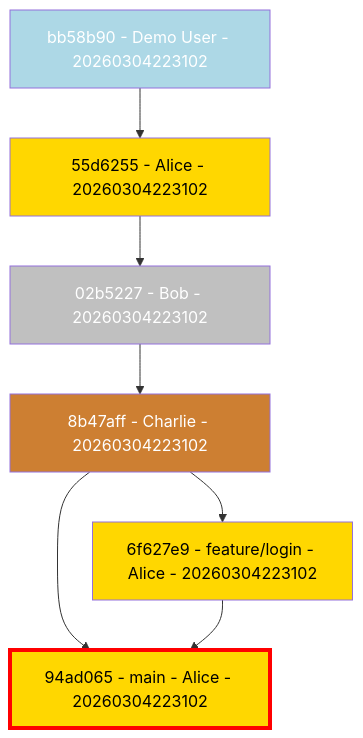
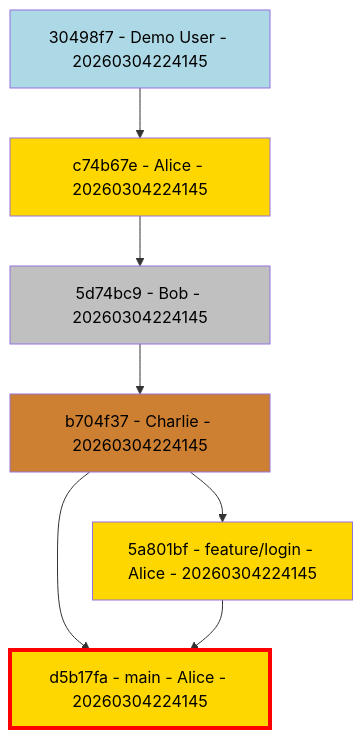
One commit to TheTrueSCU/git-graphable changed the first of 3 diagrams in examples/EXAMPLES.md. Above: the diagram before and after it, drawn with Mermaid. The commit also changed other lines of this file and 3 other files, not shown here.

Commit message:
feat: fix visual contrast, mermaid parsing, and docs formatting

````diff
--- a/examples/EXAMPLES.md
+++ b/examples/EXAMPLES.md
@@ -14,21 +14,21 @@
 ```mermaid
 flowchart TD
-bb58b9059c8cb1dda782f006f49d17549dd91c21["bb58b90 - Demo User - 20260304223102"]
-style bb58b9059c8cb1dda782f006f49d17549dd91c21 fill:#ADD8E6,color:white
-55d625535ebebec378dea6a807f6cf45679c494f["55d6255 - Alice - 20260304223102"]
-style 55d625535ebebec378dea6a807f6cf45679c494f fill:#FFD700,color:black
-02b5227a82af192724100e9cd30e117ed5836af8["02b5227 - Bob - 20260304223102"]
-style 02b5227a82af192724100e9cd30e117ed5836af8 fill:#C0C0C0,color:white
-8b47affbfef2f3632d576f0d8def06ef3d21ec3a["8b47aff - Charlie - 20260304223102"]
-style 8b47affbfef2f3632d576f0d8def06ef3d21ec3a fill:#CD7F32,color:white
-6f627e9d4d9d984612bd7991b2f66ccd25d851e9["6f627e9 - feature/login - Alice - 20260304223102"]
-style 6f627e9d4d9d984612bd7991b2f66ccd25d851e9 fill:#FFD700,color:black
-94ad06534ef62b223eb6a38b19dd12226e985c68["94ad065 - main - Alice - 20260304223102"]
-style 94ad06534ef62b223eb6a38b19dd12226e985c68 fill:#FFD700,color:black,stroke:red,stroke-width:4px
-bb58b9059c8cb1dda782f006f49d17549dd91c21 --> 55d625535ebebec378dea6a807f6cf45679c494f
-55d625535ebebec378dea6a807f6cf45679c494f --> 02b5227a82af192724100e9cd30e117ed5836af8
-02b5227a82af192724100e9cd30e117ed5836af8 --> 8b47affbfef2f3632d576f0d8def06ef3d21ec3a
-8b47affbfef2f3632d576f0d8def06ef3d21ec3a --> 6f627e9d4d9d984612bd7991b2f66ccd25d851e9
-8b47affbfef2f3632d576f0d8def06ef3d21ec3a --> 94ad06534ef62b223eb6a38b19dd12226e985c68
-6f627e9d4d9d984612bd7991b2f66ccd25d851e9 --> 94ad06534ef62b223eb6a38b19dd12226e985c68
+30498f7aacb0bf541fd8623d6428d4f6e9128456["30498f7 - Demo User - 20260304224145"]
+style 30498f7aacb0bf541fd8623d6428d4f6e9128456 fill:#ADD8E6,color:black
+c74b67e729ecc5d1f84ec84a0ce66d16ce6b6d70["c74b67e - Alice - 20260304224145"]
+style c74b67e729ecc5d1f84ec84a0ce66d16ce6b6d70 fill:#FFD700,color:black
+5d74bc9567204508605af3b82cd16d71d1987418["5d74bc9 - Bob - 20260304224145"]
+style 5d74bc9567204508605af3b82cd16d71d1987418 fill:#C0C0C0,color:black
+b704f37c2772146788d29d9b012dbfd1513fde42["b704f37 - Charlie - 20260304224145"]
+style b704f37c2772146788d29d9b012dbfd1513fde42 fill:#CD7F32,color:black
+5a801bf1d00d1b231aabe966e0249b8cd86f91f2["5a801bf - feature/login - Alice - 20260304224145"]
+style 5a801bf1d00d1b231aabe966e0249b8cd86f91f2 fill:#FFD700,color:black
+d5b17fa132f44795e91f695f21d9968b304964b1["d5b17fa - main - Alice - 20260304224145"]
+style d5b17fa132f44795e91f695f21d9968b304964b1 fill:#FFD700,color:black,stroke:red,stroke-width:4px
+30498f7aacb0bf541fd8623d6428d4f6e9128456 --> c74b67e729ecc5d1f84ec84a0ce66d16ce6b6d70
+c74b67e729ecc5d1f84ec84a0ce66d16ce6b6d70 --> 5d74bc9567204508605af3b82cd16d71d1987418
+5d74bc9567204508605af3b82cd16d71d1987418 --> b704f37c2772146788d29d9b012dbfd1513fde42
+b704f37c2772146788d29d9b012dbfd1513fde42 --> 5a801bf1d00d1b231aabe966e0249b8cd86f91f2
+b704f37c2772146788d29d9b012dbfd1513fde42 --> d5b17fa132f44795e91f695f21d9968b304964b1
+5a801bf1d00d1b231aabe966e0249b8cd86f91f2 --> d5b17fa132f44795e91f695f21d9968b304964b1
 ```
````
